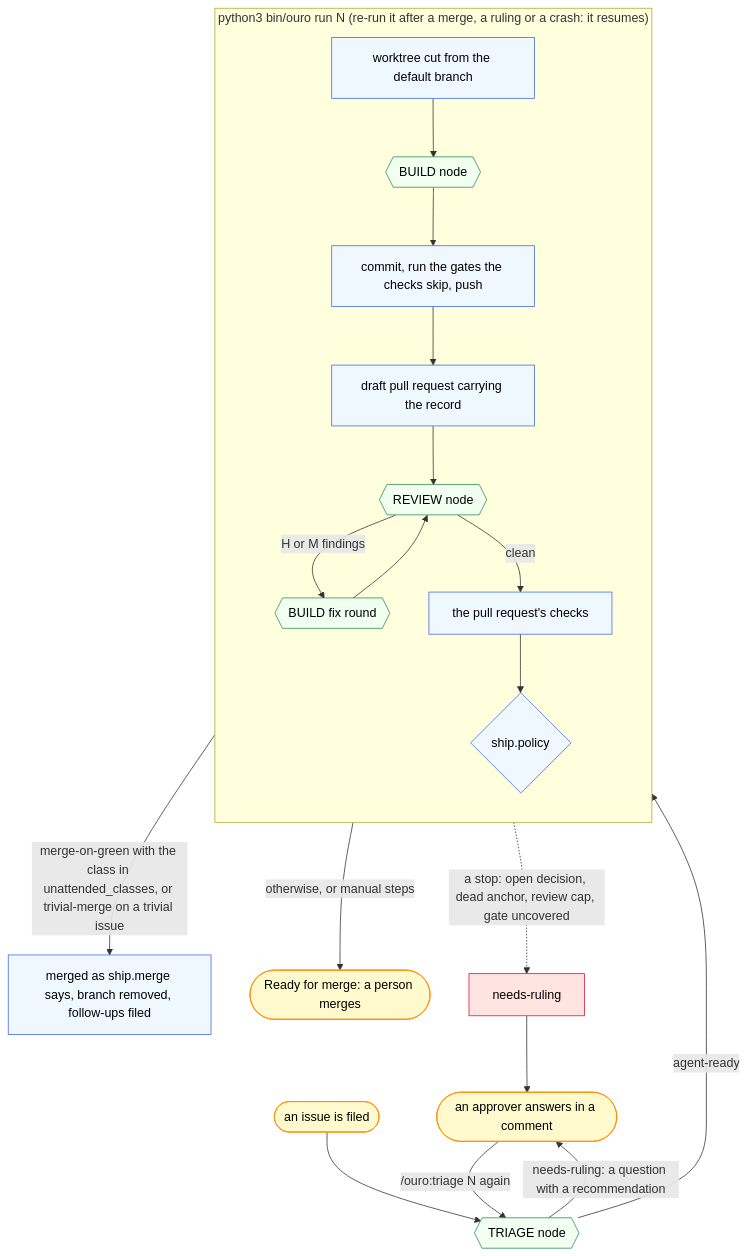
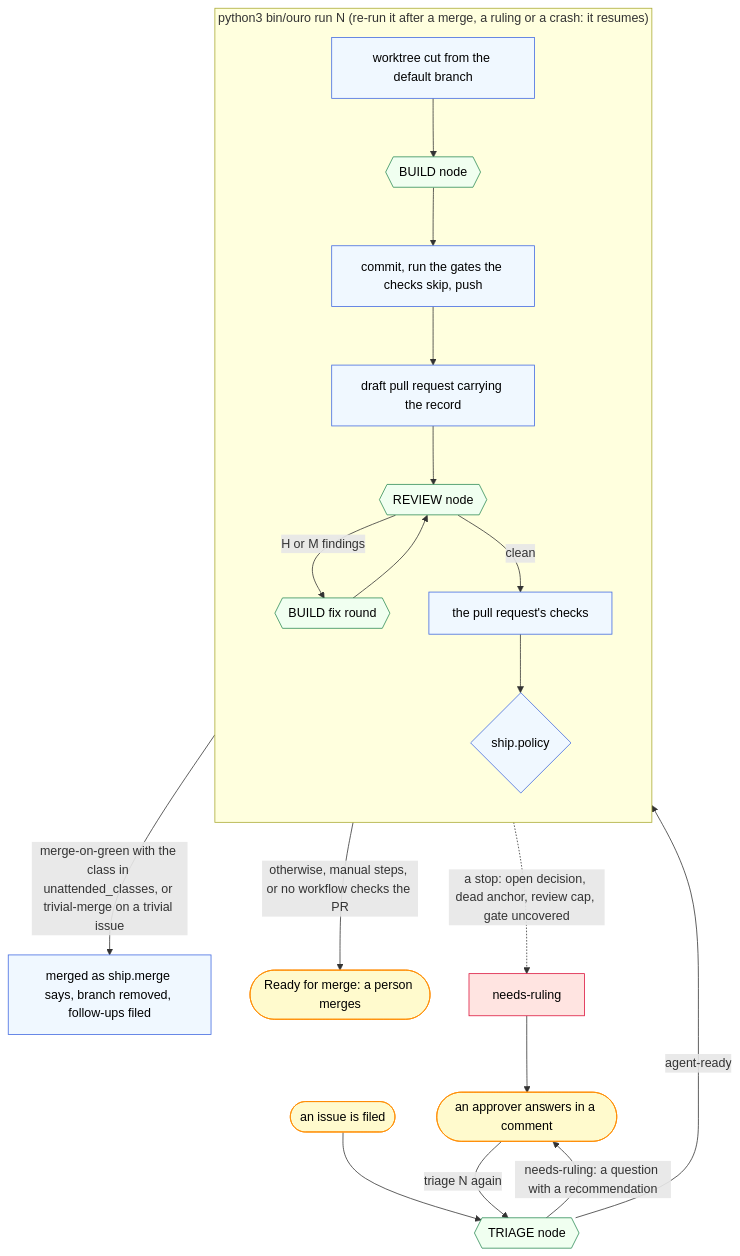
The diagram in README.md (iteramen/ouro), drawn with Mermaid before and after one commit. The commit also changed other lines of this file and 108 other files, not shown here.

````diff
--- a/README.md
+++ b/README.md
@@ -27,27 +33,27 @@
 ```mermaid
 flowchart TD
   classDef person fill:lemonchiffon,stroke:darkorange,color:black
   classDef driver fill:aliceblue,stroke:royalblue,color:black
   classDef model fill:honeydew,stroke:seagreen,color:black
   classDef halt fill:mistyrose,stroke:crimson,color:black
 
   issue([an issue is filed]):::person --> triage{{TRIAGE node}}:::model
   triage -->|"agent-ready"| wt
   triage -->|"needs-ruling: a question with a recommendation"| ruling([an approver answers in a comment]):::person
-  ruling -->|"/ouro:triage N again"| triage
+  ruling -->|"triage N again"| triage
   subgraph run ["python3 bin/ouro run N  (re-run it after a merge, a ruling or a crash: it resumes)"]
     direction TB
     wt[worktree cut from the default branch]:::driver --> build{{BUILD node}}:::model
     build --> gates[commit, run the gates the checks skip, push]:::driver
     gates --> pr[draft pull request carrying the record]:::driver
     pr --> review{{REVIEW node}}:::model
     review -->|"H or M findings"| fix{{BUILD fix round}}:::model
     fix --> review
     review -->|"clean"| checks[the pull request's checks]:::driver
     checks --> decide{ship.policy}:::driver
   end
   decide -->|"merge-on-green with the class in unattended_classes, or trivial-merge on a trivial issue"| landed[merged as ship.merge says, branch removed, follow-ups filed]:::driver
-  decide -->|"otherwise, or manual steps"| ready([Ready for merge: a person merges]):::person
+  decide -->|"otherwise, manual steps, or no workflow checks the PR"| ready([Ready for merge: a person merges]):::person
   run -.->|"a stop: open decision, dead anchor, review cap, gate uncovered"| halt[needs-ruling]:::halt
   halt --> ruling
 ```
````
